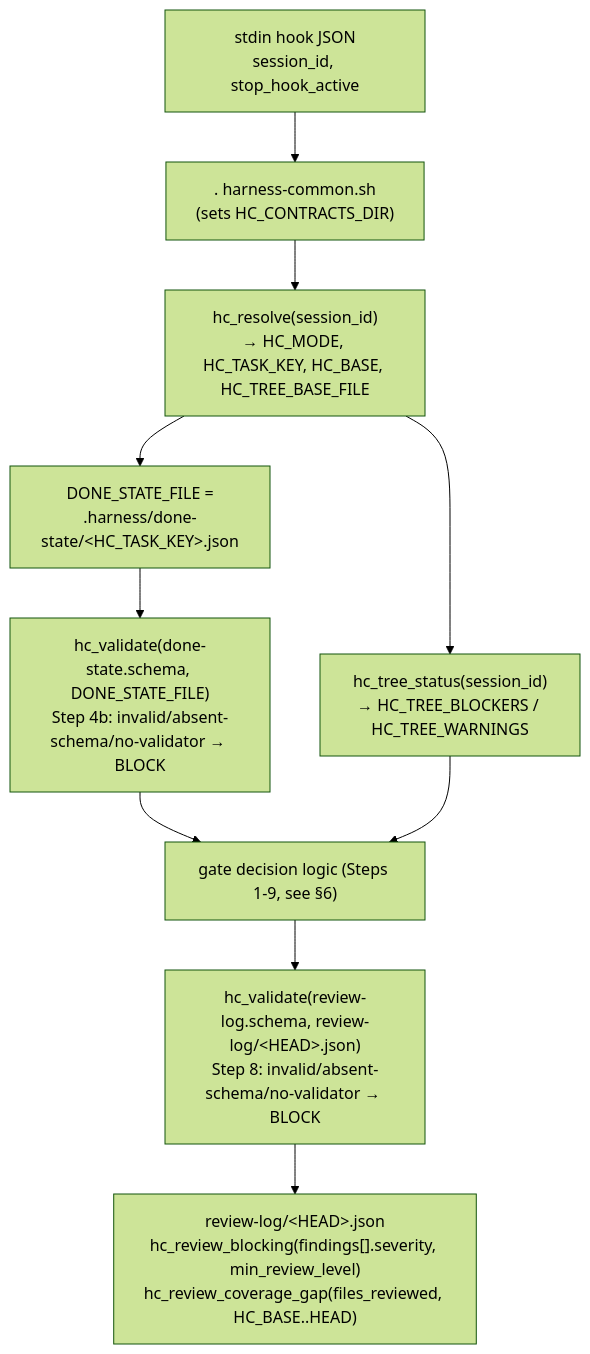
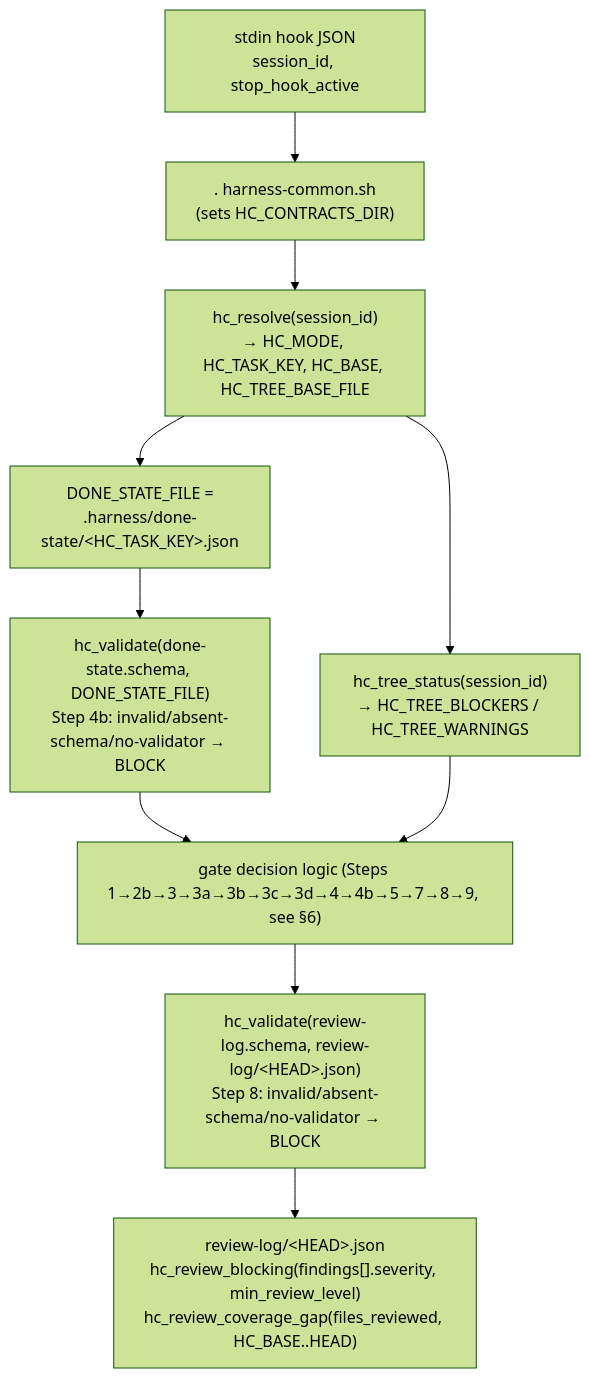
One commit to pehota/harlo changed the fourth of 10 diagrams in docs/architecture.md. Above: the diagram before and after it, drawn with Mermaid (forest theme). The commit also changed other lines of this file and 2 other files, not shown here.

Commit message:
docs(harness): re-sync architecture/design/READMEs to current gate, FSM, coverage, triage, validator

````diff
--- a/docs/architecture.md
+++ b/docs/architecture.md
@@ -235,12 +258,12 @@
 ```mermaid
 flowchart TD
   IN["stdin hook JSON<br/>session_id, stop_hook_active"] --> SRC[". harness-common.sh<br/>(sets HC_CONTRACTS_DIR)"]
   SRC --> R["hc_resolve(session_id)<br/>→ HC_MODE, HC_TASK_KEY, HC_BASE, HC_TREE_BASE_FILE"]
   R --> KEY["DONE_STATE_FILE =<br/>.harness/done-state/&lt;HC_TASK_KEY&gt;.json"]
   R --> T["hc_tree_status(session_id)<br/>→ HC_TREE_BLOCKERS / HC_TREE_WARNINGS"]
   KEY --> V1["hc_validate(done-state.schema, DONE_STATE_FILE)<br/>Step 4b: invalid/absent-schema/no-validator → BLOCK"]
-  V1 --> DEC["gate decision logic (Steps 1-9, see §6)"]
+  V1 --> DEC["gate decision logic (Steps 1→2b→3→3a→3b→3c→3d→4→4b→5→7→8→9, see §6)"]
   T --> DEC
   DEC --> V2["hc_validate(review-log.schema, review-log/&lt;HEAD&gt;.json)<br/>Step 8: invalid/absent-schema/no-validator → BLOCK"]
   V2 --> RL["review-log/&lt;HEAD&gt;.json<br/>hc_review_blocking(findings[].severity, min_review_level)<br/>hc_review_coverage_gap(files_reviewed, HC_BASE..HEAD)"]
 ```
````
